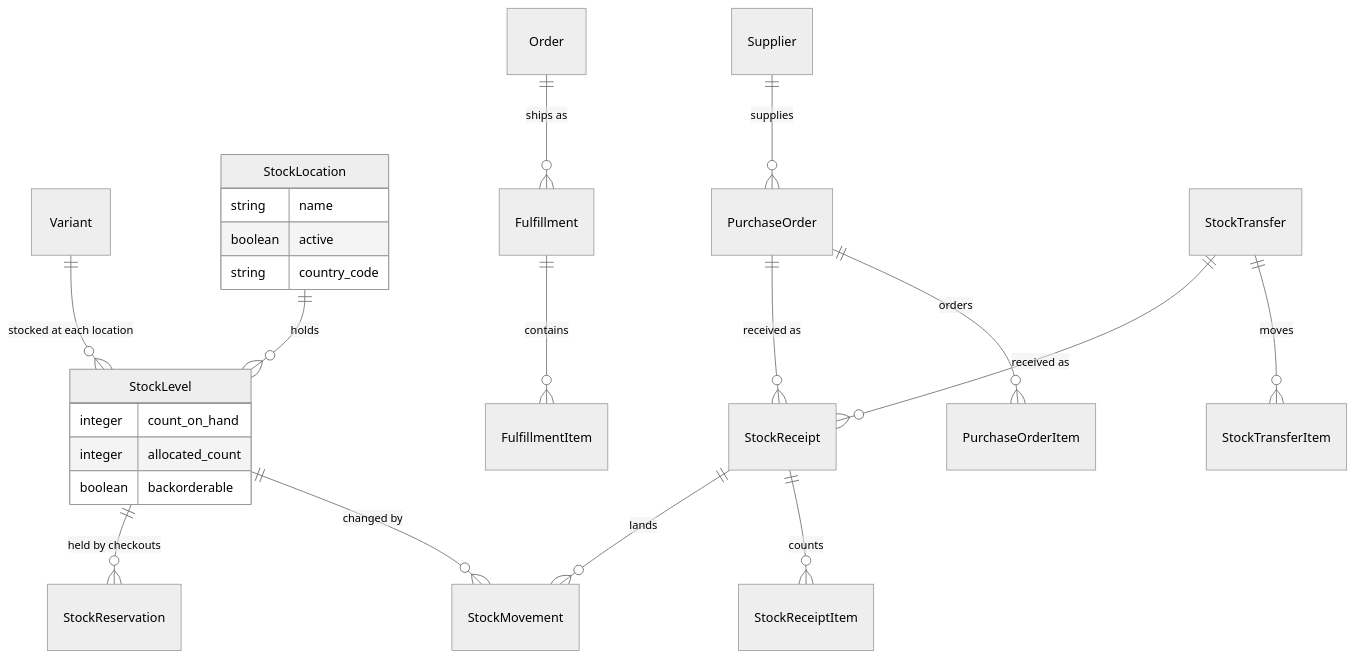
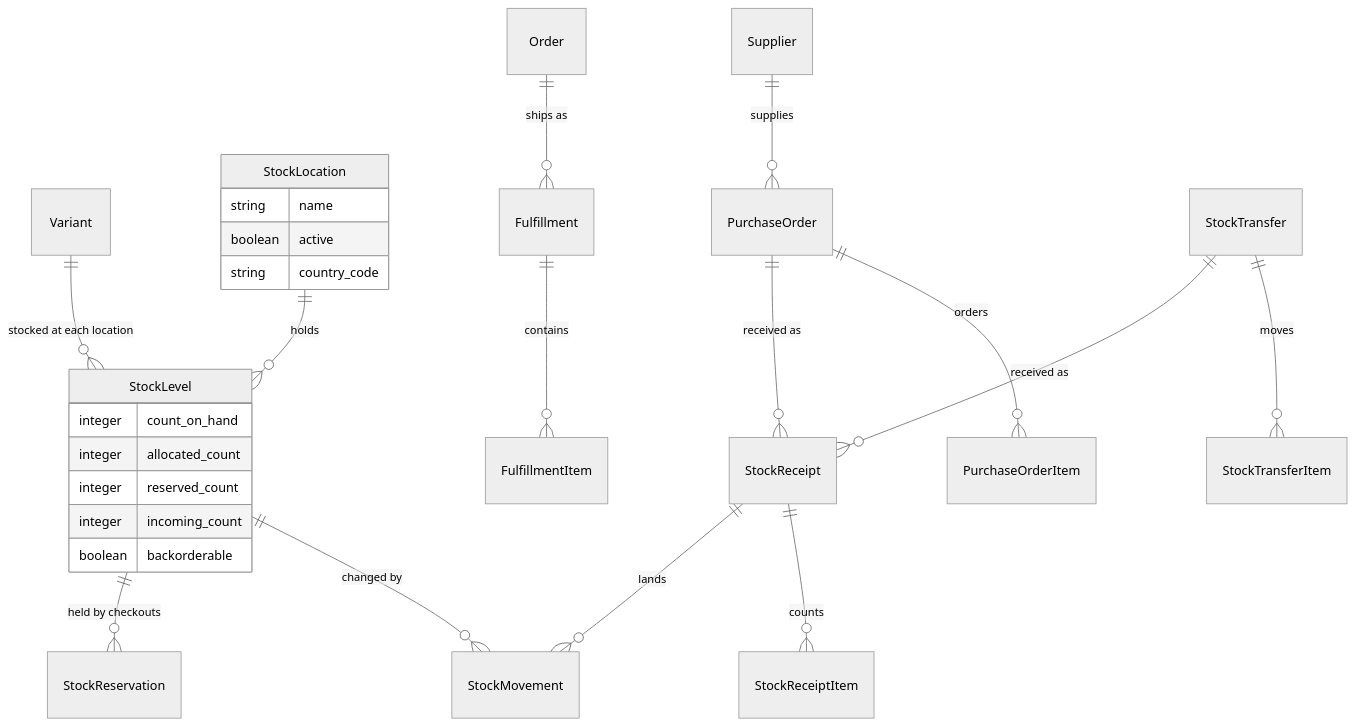
One commit to spree/spree changed the diagram in docs/developer/core-concepts/inventory.mdx. Above: the diagram before and after it, drawn with Mermaid (neutral theme). The commit also changed other lines of this file, not shown here.

Commit message:
Described the reserved and incoming counters and the Inventory page in the inventory guide

````diff
--- a/docs/developer/core-concepts/inventory.mdx
+++ b/docs/developer/core-concepts/inventory.mdx
@@ -12,27 +12,29 @@
 ```mermaid
 erDiagram
     Variant ||--o{ StockLevel : "stocked at each location"
     StockLocation ||--o{ StockLevel : "holds"
     StockLevel ||--o{ StockMovement : "changed by"
     StockLevel ||--o{ StockReservation : "held by checkouts"
     Order ||--o{ Fulfillment : "ships as"
     Fulfillment ||--o{ FulfillmentItem : "contains"
     Supplier ||--o{ PurchaseOrder : "supplies"
     PurchaseOrder ||--o{ PurchaseOrderItem : "orders"
     StockTransfer ||--o{ StockTransferItem : "moves"
     PurchaseOrder ||--o{ StockReceipt : "received as"
     StockTransfer ||--o{ StockReceipt : "received as"
     StockReceipt ||--o{ StockReceiptItem : "counts"
     StockReceipt ||--o{ StockMovement : "lands"
 
     StockLevel {
         integer count_on_hand
         integer allocated_count
+        integer reserved_count
+        integer incoming_count
         boolean backorderable
     }
     StockLocation {
         string name
         boolean active
         string country_code
     }
 ```
````
